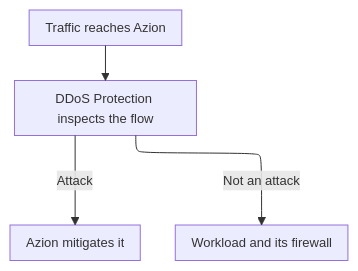
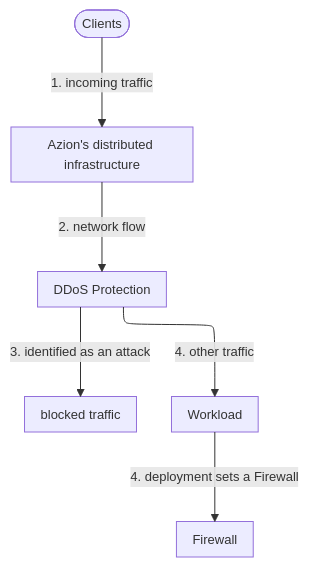
Before and after one commit to aziontech/docs: the fifth of 5 diagrams in apps/docs/src/content/docs/en/pages/secure/workloads/how-it-works.mdx, drawn with Mermaid. The commit also changed other lines of this file and 76 other files, not shown here.

````diff
--- a/apps/docs/src/content/docs/en/pages/secure/workloads/how-it-works.mdx
+++ b/apps/docs/src/content/docs/en/pages/secure/workloads/how-it-works.mdx
@@ -199,7 +296,15 @@
 ```mermaid
-%%{init: {"layout": "elk", "themeVariables": {"fontSize": "13px"}, "flowchart": {"nodeSpacing": 24, "rankSpacing": 36, "padding": 8, "wrappingWidth": 150, "useMaxWidth": true}, "sequence": {"width": 120, "actorMargin": 30, "useMaxWidth": true}}}%%
+%%{init: {"layout": "elk", "elk": {"preset": "modelOrder", "keepEntryNodeOnTop": true}, "themeVariables": {"fontSize": "13px"}, "flowchart": {"nodeSpacing": 24, "rankSpacing": 36, "padding": 8, "wrappingWidth": 150, "useMaxWidth": true}, "sequence": {"width": 120, "actorMargin": 30, "useMaxWidth": true}}}%%
 flowchart TD
-  In["Traffic reaches Azion"] --> Inspect["DDoS Protection inspects the flow"]
-  Inspect -->|"Attack"| Mitigate["Azion mitigates it"]
-  Inspect -->|"Not an attack"| Workload["Workload and its firewall"]
+  Clients(["Clients"])
+  Infra["Azion's distributed infrastructure"]
+  DDoS["DDoS Protection"]
+  Mit["blocked traffic"]
+  WL["Workload"]
+  FW["Firewall"]
+  Clients -->|"1. incoming traffic"| Infra
+  Infra -->|"2. network flow"| DDoS
+  DDoS -->|"3. identified as an attack"| Mit
+  DDoS -->|"4. other traffic"| WL
+  WL -->|"4. deployment sets a Firewall"| FW
 ```
````
